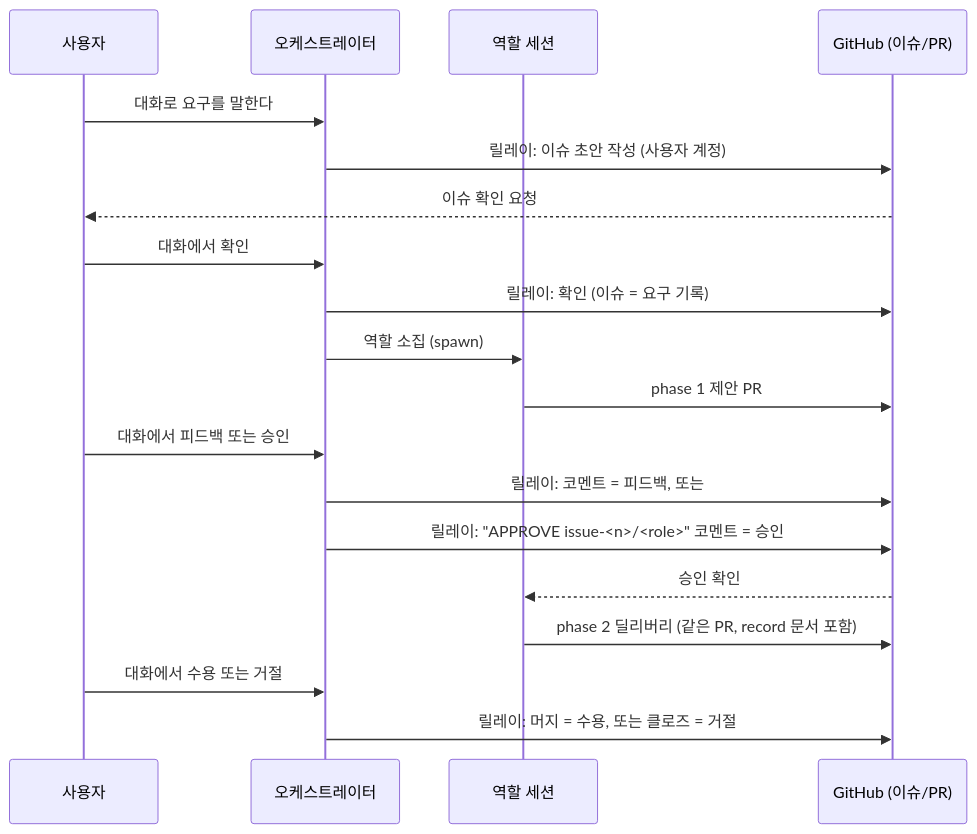
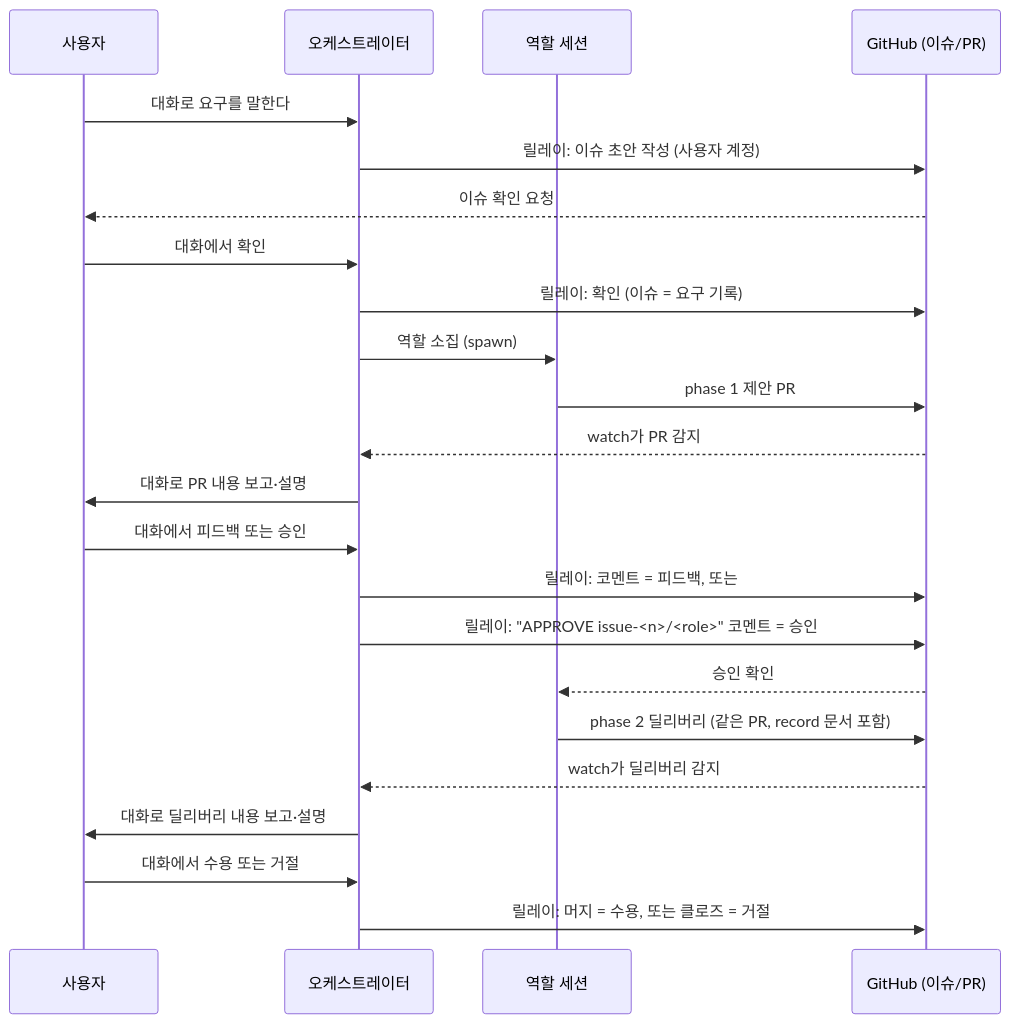
Before and after one commit to tokenmaxxxer/muster: the first of 2 diagrams in README.ko.md, drawn with Mermaid. The commit also changed other lines of this file and 2 other files, not shown here.

Commit message:
issue-241: add orchestrator watch/report path to user-loop diagram
Subject: issue-241

Follow-up correction 3: the sequence diagram showed the role posting a
PR with no step for how the user learns about it. Add
G-->>O (watch detects PR) -> O->>U (reports in conversation) around
both phase 1 and phase 2, one dry-tone prose sentence, ko/en synced.

````diff
--- a/README.ko.md
+++ b/README.ko.md
@@ -39,22 +40,26 @@
 ```mermaid
 sequenceDiagram
     participant U as 사용자
     participant O as 오케스트레이터
     participant R as 역할 세션
     participant G as GitHub (이슈/PR)
 
     U->>O: 대화로 요구를 말한다
     O->>G: 릴레이: 이슈 초안 작성 (사용자 계정)
     G-->>U: 이슈 확인 요청
     U->>O: 대화에서 확인
     O->>G: 릴레이: 확인 (이슈 = 요구 기록)
     O->>R: 역할 소집 (spawn)
     R->>G: phase 1 제안 PR
+    G-->>O: watch가 PR 감지
+    O->>U: 대화로 PR 내용 보고·설명
     U->>O: 대화에서 피드백 또는 승인
     O->>G: 릴레이: 코멘트 = 피드백, 또는
     O->>G: 릴레이: "APPROVE issue-<n>/<role>" 코멘트 = 승인
     G-->>R: 승인 확인
     R->>G: phase 2 딜리버리 (같은 PR, record 문서 포함)
+    G-->>O: watch가 딜리버리 감지
+    O->>U: 대화로 딜리버리 내용 보고·설명
     U->>O: 대화에서 수용 또는 거절
     O->>G: 릴레이: 머지 = 수용, 또는 클로즈 = 거절
 ```
````
